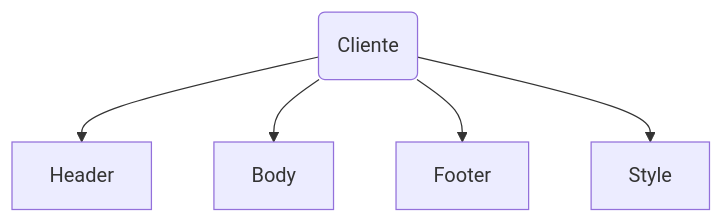
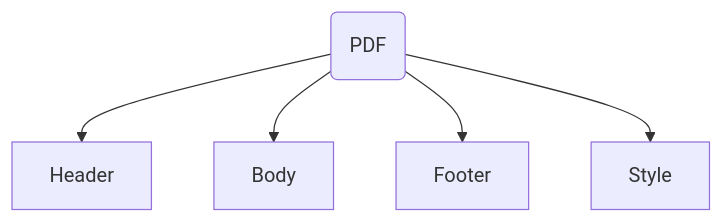
The diagram in content/Desarrollador/PDFs/configuracion.rst (linkaform/documentation), drawn with Mermaid before and after one commit. The commit also changed other lines of this file and 22 other files, not shown here.

```diff
--- a/content/Desarrollador/PDFs/configuracion.rst
+++ b/content/Desarrollador/PDFs/configuracion.rst
@@ -22,9 +176,9 @@
 .. mermaid::
 
    graph TB
      
-   A(Cliente)
+   A(PDF)
    A --> B[Header]
    A --> C[Body]
    A --> D[Footer]
    A --> E[Style]
```
